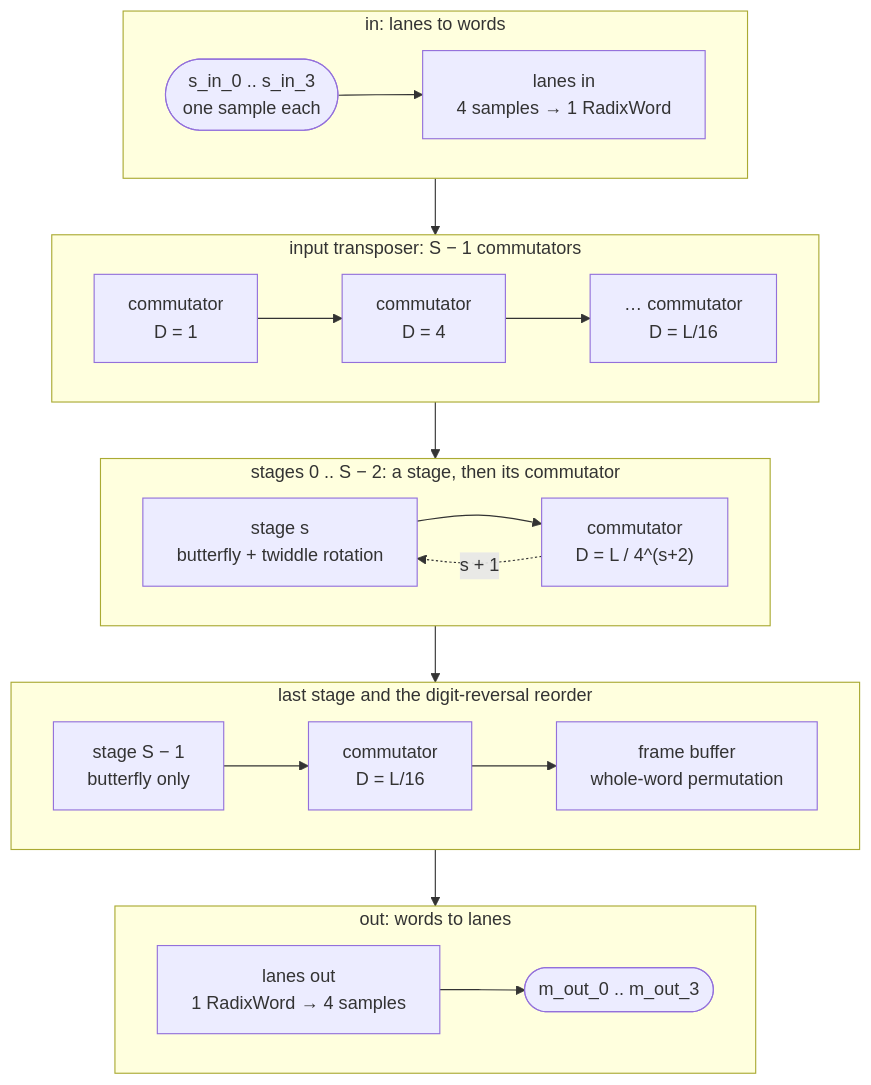
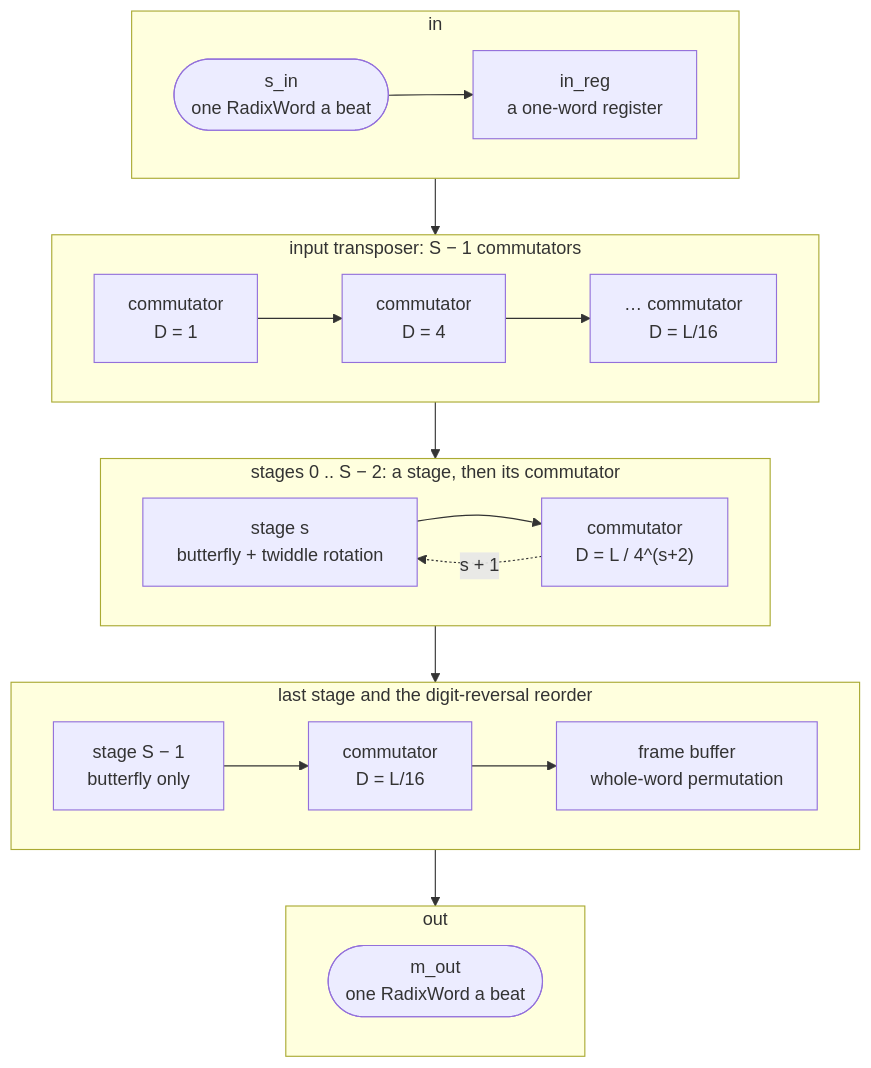
Before and after one commit to sdrangan/waveflow: the diagram in docs/guide/dsp/ssr_fft/architecture.md, drawn with Mermaid. The commit also changed other lines of this file and 54 other files, not shown here.

````diff
--- a/docs/guide/dsp/ssr_fft/architecture.md
+++ b/docs/guide/dsp/ssr_fft/architecture.md
@@ -13,25 +13,25 @@
 ```mermaid
 flowchart TB
-  subgraph IN["in: lanes to words"]
+  subgraph IN["in"]
     direction LR
-    sin(["s_in_0 .. s_in_3<br/>one sample each"]) --> li["lanes in<br/>4 samples → 1 RadixWord"]
+    sin(["s_in<br/>one RadixWord a beat"]) --> li["in_reg<br/>a one-word register"]
   end
   subgraph TP["input transposer: S − 1 commutators"]
     direction LR
     t0["commutator<br/>D = 1"] --> t1["commutator<br/>D = 4"] --> tn["… commutator<br/>D = L/16"]
   end
   subgraph ST["stages 0 .. S − 2: a stage, then its commutator"]
     direction LR
     s["stage s<br/>butterfly + twiddle rotation"] --> c["commutator<br/>D = L / 4^(s+2)"]
     c -. "s + 1" .-> s
   end
   subgraph LS["last stage and the digit-reversal reorder"]
     direction LR
     sl["stage S − 1<br/>butterfly only"] --> rc["commutator<br/>D = L/16"] --> rb["frame buffer<br/>whole-word permutation"]
   end
-  subgraph OUT["out: words to lanes"]
+  subgraph OUT["out"]
     direction LR
-    lo["lanes out<br/>1 RadixWord → 4 samples"] --> mout(["m_out_0 .. m_out_3"])
+    mout(["m_out<br/>one RadixWord a beat"])
   end
   IN --> TP --> ST --> LS --> OUT
 ```
````
